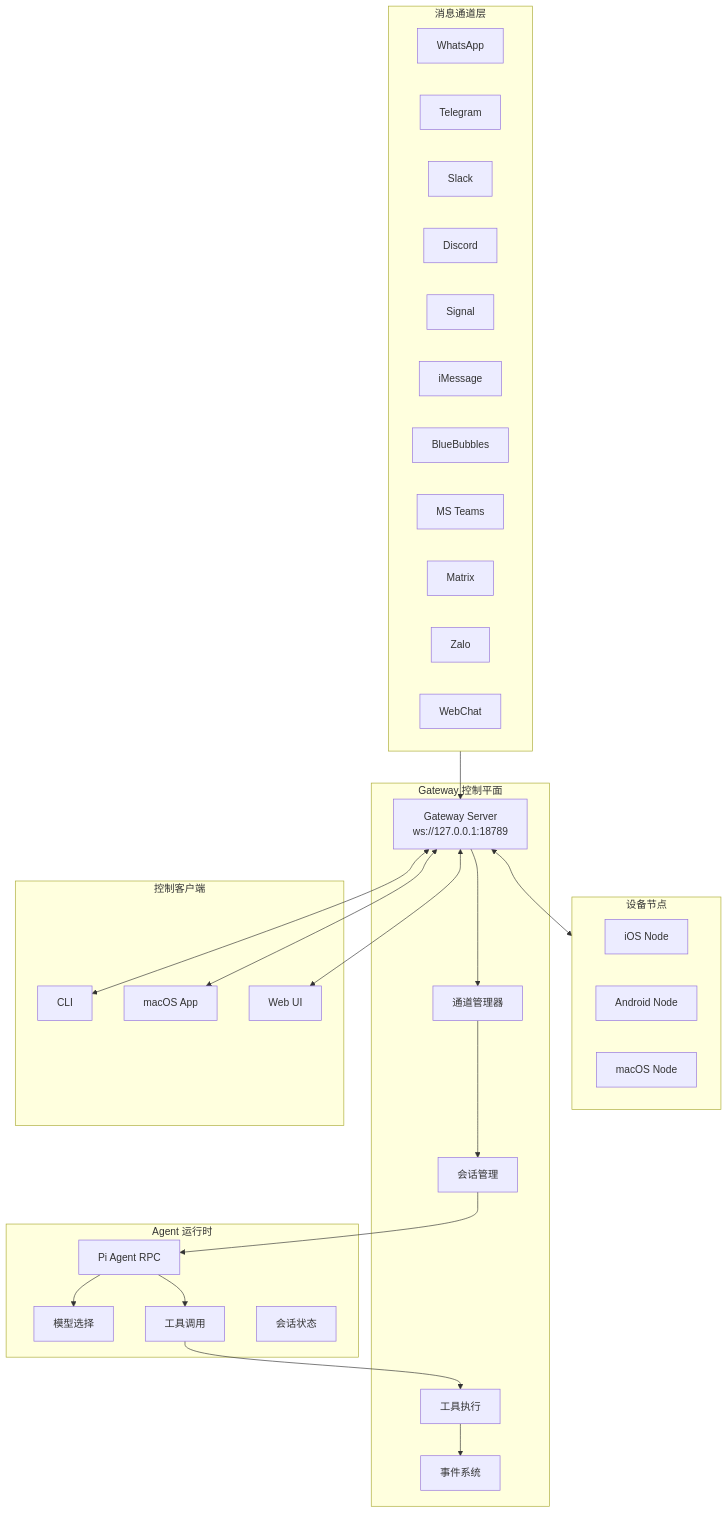
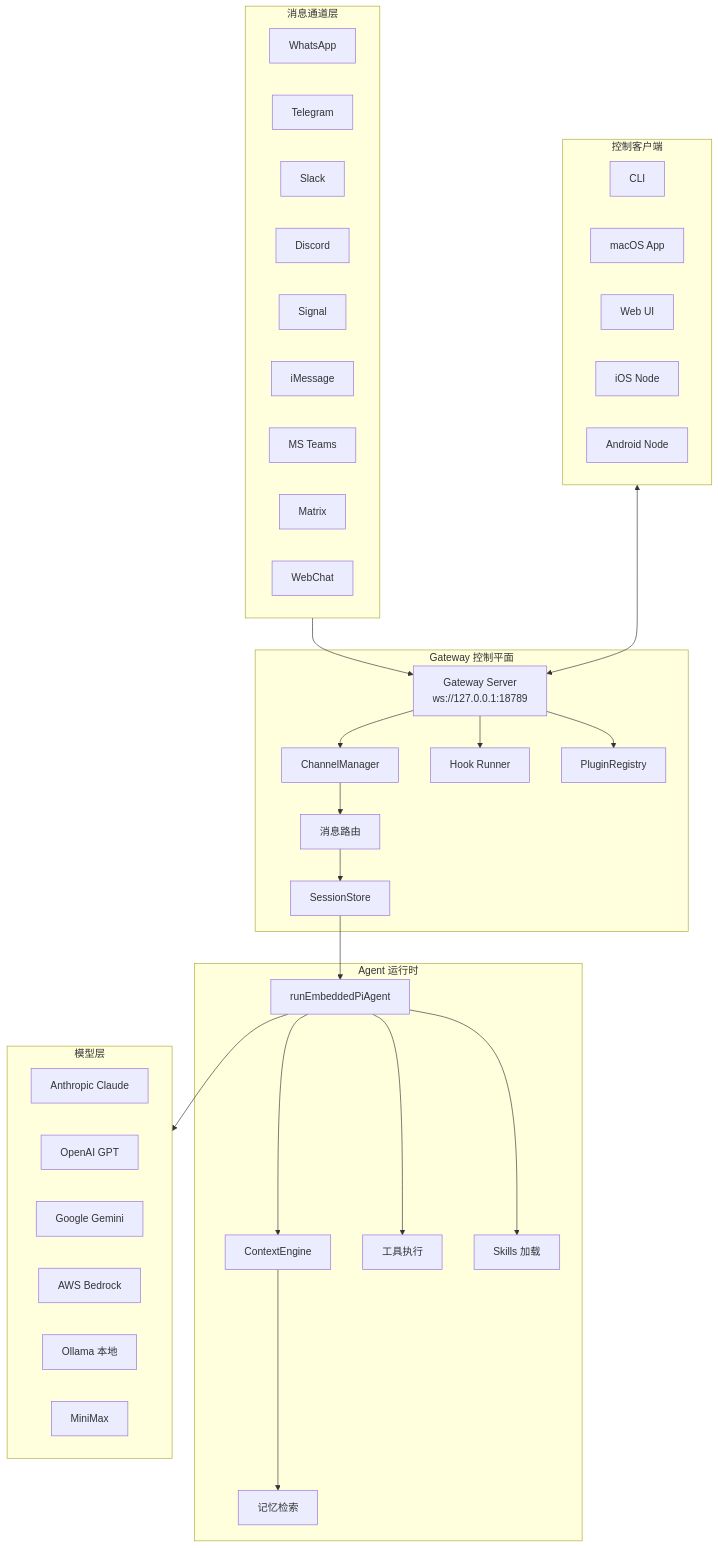
The first of 10 diagrams in openclaw/ARCHITECTURE.md (caicongyang/bloger), drawn with Mermaid before and after one commit. The commit also changed other lines of this file and 13 other files, not shown here.

````diff
--- a/openclaw/ARCHITECTURE.md
+++ b/openclaw/ARCHITECTURE.md
@@ -334,56 +105,62 @@
 ```mermaid
 graph TB
-    subgraph 消息通道层
+    subgraph channels [消息通道层]
         WA[WhatsApp]
         TG[Telegram]
         SL[Slack]
         DC[Discord]
         SG[Signal]
         IM[iMessage]
-        BB[BlueBubbles]
         MT[MS Teams]
         MC[Matrix]
-        ZL[Zalo]
         WC[WebChat]
     end
-    
-    subgraph Gateway 控制平面
-        GW[Gateway Server<br/>ws://127.0.0.1:18789]
-        CH[通道管理器]
-        SS[会话管理]
-        TL[工具执行]
-        EV[事件系统]
+
+    subgraph gateway [Gateway 控制平面]
+        GW["Gateway Server\nws://127.0.0.1:18789"]
+        CHM[ChannelManager]
+        RT[消息路由]
+        SS[SessionStore]
+        HK[Hook Runner]
+        PL[PluginRegistry]
     end
-    
-    subgraph Agent 运行时
-        PI[Pi Agent RPC]
-        MS[模型选择]
-        CT[工具调用]
-        ST[会话状态]
+
+    subgraph agent [Agent 运行时]
+        RUN[runEmbeddedPiAgent]
+        CTX[ContextEngine]
+        TOOL[工具执行]
+        MEM[记忆检索]
+        SK[Skills 加载]
     end
-    
-    subgraph 控制客户端
+
+    subgraph model [模型层]
+        AN[Anthropic Claude]
+        OA[OpenAI GPT]
+        GE[Google Gemini]
+        BD[AWS Bedrock]
+        OL[Ollama 本地]
+        MM[MiniMax]
+    end
+
+    subgraph clients [控制客户端]
         CLI[CLI]
         MAC[macOS App]
         WEB[Web UI]
-    end
-    
-    subgraph 设备节点
         IOS[iOS Node]
         AND[Android Node]
-        MACN[macOS Node]
     end
-    
-    消息通道层 --> GW
-    GW <--> CLI
-    GW <--> MAC
-    GW <--> WEB
-    GW <--> 设备节点
-    GW --> CH
-    CH --> SS
-    SS --> PI
-    PI --> MS
-    PI --> CT
-    CT --> TL
-    TL --> EV
+
+    channels --> GW
+    GW --> CHM
+    CHM --> RT
+    RT --> SS
+    SS --> RUN
+    RUN --> CTX
+    RUN --> TOOL
+    RUN --> SK
+    CTX --> MEM
+    RUN --> model
+    clients <--> GW
+    GW --> HK
+    GW --> PL
 ```
````
